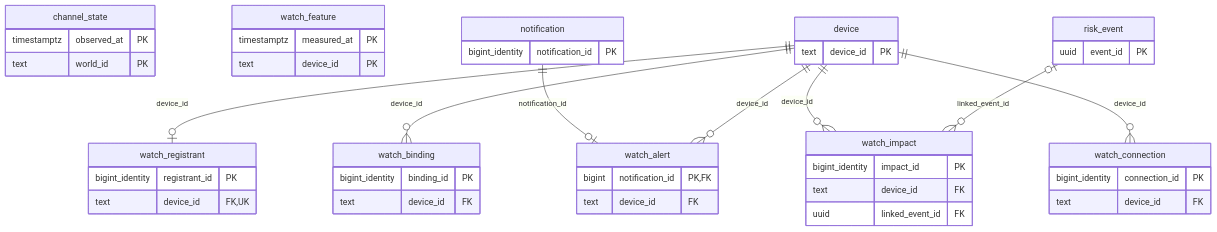
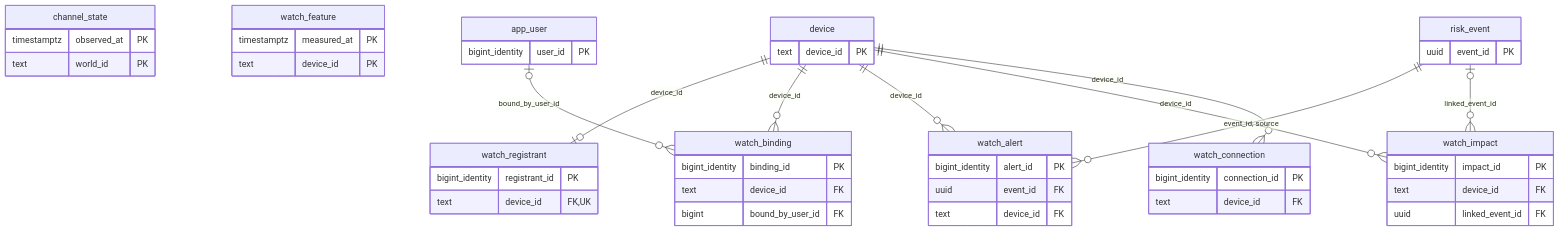
One commit to Janjonghwa/simai changed diagram 12 of 13 in docs/design/db-erd.md. Above: the diagram before and after it, drawn with Mermaid. The commit also changed other lines of this file and 31 other files, not shown here.

````diff
--- a/docs/design/db-erd.md
+++ b/docs/design/db-erd.md
@@ -838,48 +836,51 @@
 ```mermaid
 erDiagram
     watch_registrant {
         bigint_identity registrant_id PK
         text device_id FK,UK
     }
     watch_binding {
         bigint_identity binding_id PK
         text device_id FK
+        bigint bound_by_user_id FK
     }
     channel_state {
         timestamptz observed_at PK
         text world_id PK
     }
     watch_feature {
         timestamptz measured_at PK
         text device_id PK
     }
     watch_alert {
-        bigint notification_id PK,FK
+        bigint_identity alert_id PK
+        uuid event_id FK
         text device_id FK
     }
     watch_impact {
         bigint_identity impact_id PK
         text device_id FK
         uuid linked_event_id FK
     }
     watch_connection {
         bigint_identity connection_id PK
         text device_id FK
     }
     device {
         text device_id PK
     }
-    notification {
-        bigint_identity notification_id PK
+    app_user {
+        bigint_identity user_id PK
     }
     risk_event {
         uuid event_id PK
     }
     device ||--o| watch_registrant : "device_id"
     device ||--o{ watch_binding : "device_id"
-    notification ||--o| watch_alert : "notification_id"
+    risk_event ||--o{ watch_alert : "event_id, source"
+    app_user |o--o{ watch_binding : "bound_by_user_id"
     device ||--o{ watch_alert : "device_id"
     device ||--o{ watch_impact : "device_id"
     risk_event |o--o{ watch_impact : "linked_event_id"
     device ||--o{ watch_connection : "device_id"
 ```
````
